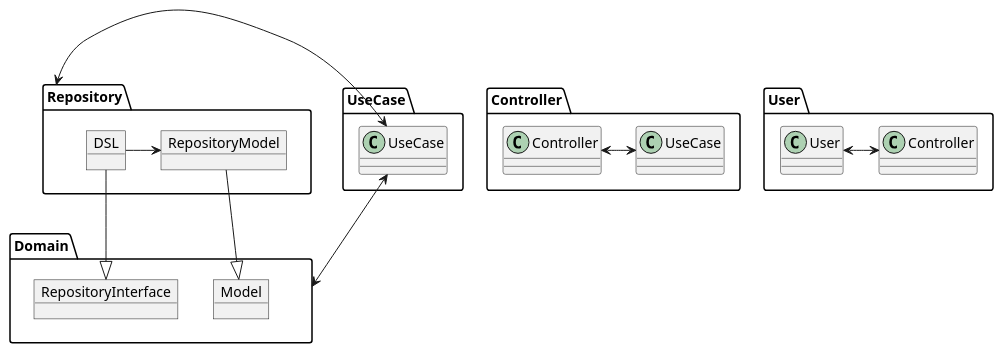
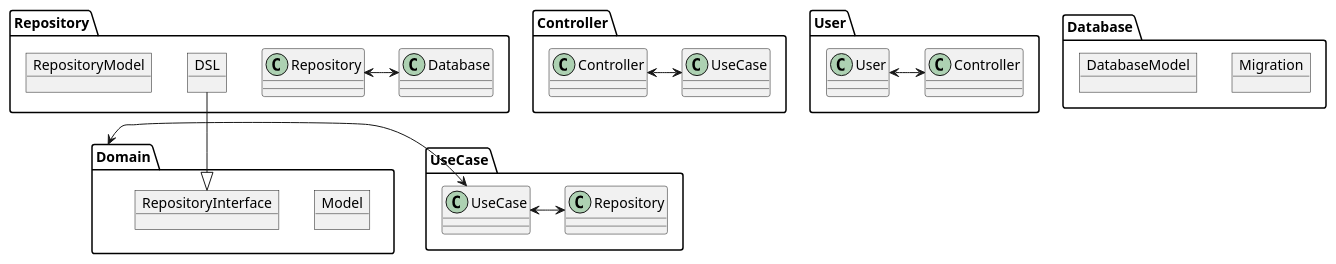
The diagram in puml/architecture.puml (Wansuko-cmd/blog-backend), drawn with PlantUML before and after one commit. The commit also changed 9 other files, not shown here.

```diff
--- a/puml/architecture.puml
+++ b/puml/architecture.puml
@@ -1,33 +1,37 @@
 @startuml
-'https://plantuml.com/sequence-diagram
 
 package Domain {
     object Model
     object RepositoryInterface
 }
 
 package Repository {
     object DSL
     object RepositoryModel
 
     DSL --|> RepositoryInterface
-    DSL -> RepositoryModel
 
-    RepositoryModel --|> Model
+    Repository <-> Database
+}
+
+package Database {
+    object Migration
+    object DatabaseModel
+
 }
 
 package UseCase {
     UseCase <-> Domain
     UseCase <-> Repository
 }
 
 package Controller {
     Controller <-> UseCase
 }
 
 
 package User {
     User <-> Controller
 }
 
 @enduml
```
